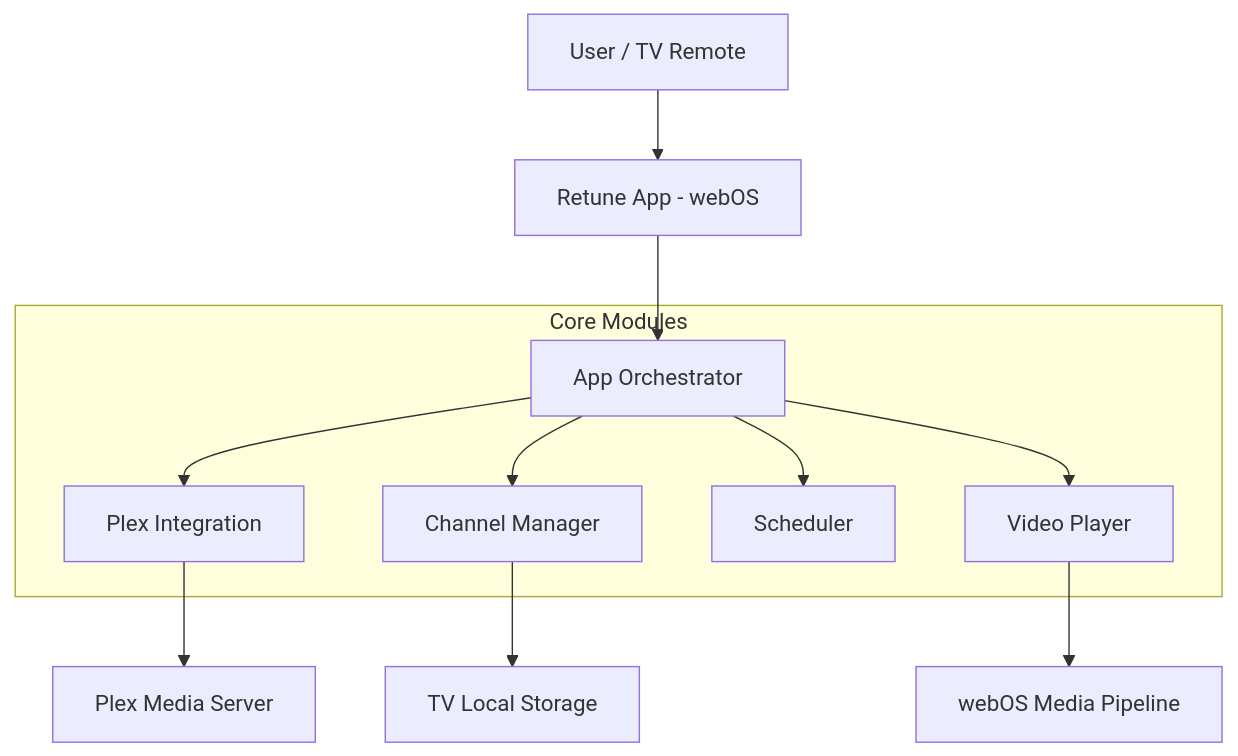
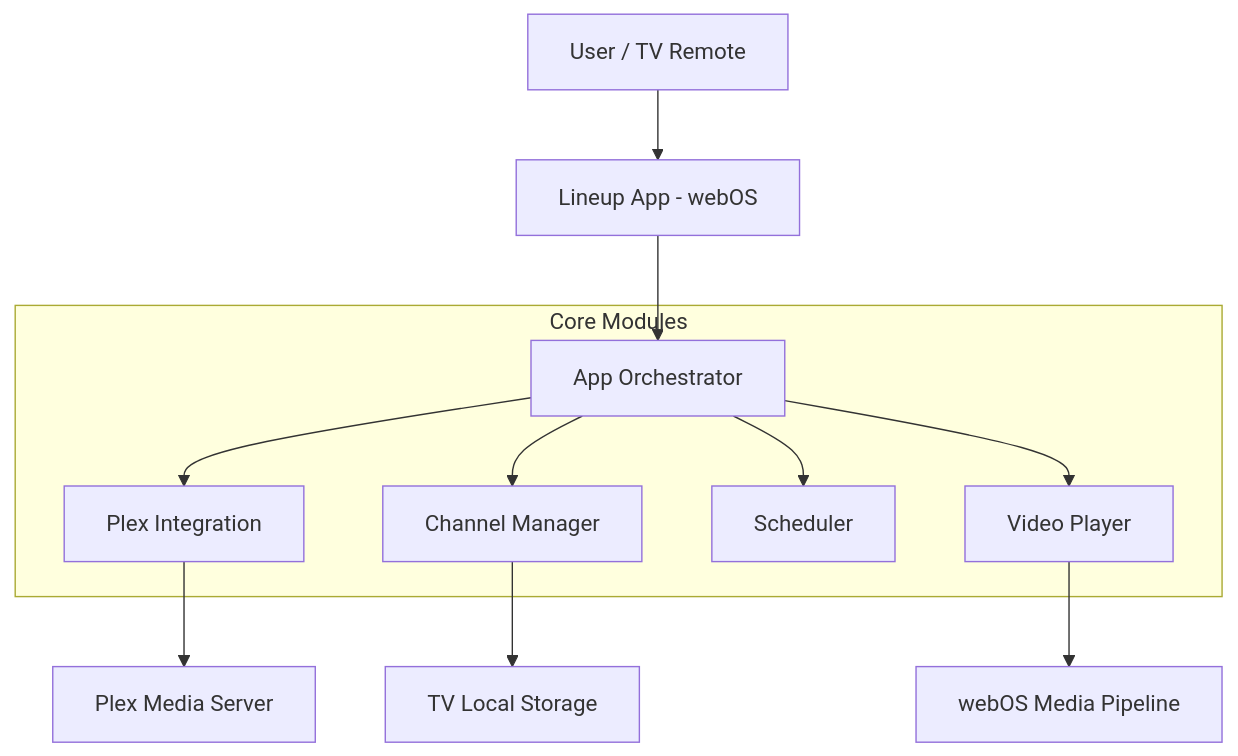
The diagram in docs/architecture/README.md (TJZine/Lineup), drawn with Mermaid before and after one commit. The commit also changed other lines of this file and 85 other files, not shown here.

Commit message:
refactor: rename Retune to Lineup across app, config, tests, and docs

````diff
--- a/docs/architecture/README.md
+++ b/docs/architecture/README.md
@@ -7,16 +7,16 @@
 ```mermaid
 graph TD
-    User["User / TV Remote"] --> UI["Retune App - webOS"]
+    User["User / TV Remote"] --> UI["Lineup App - webOS"]
     UI --> Orchestrator["App Orchestrator"]
     
     subgraph Core Modules
         Orchestrator --> Plex["Plex Integration"]
         Orchestrator --> Channels["Channel Manager"]
         Orchestrator --> Scheduler["Scheduler"]
         Orchestrator --> Player["Video Player"]
     end
     
     Plex --> PMS["Plex Media Server"]
     Channels --> LocalStorage["TV Local Storage"]
     Player --> MediaPipeline["webOS Media Pipeline"]
 ```
````
